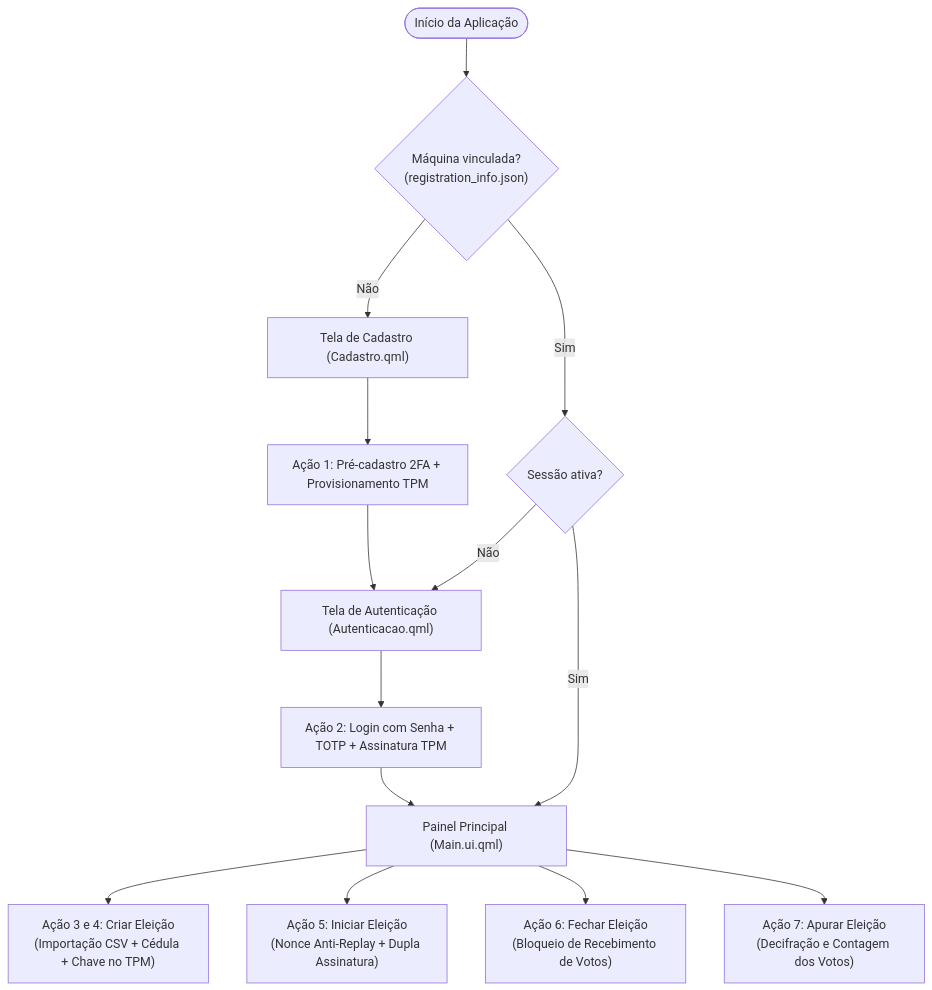
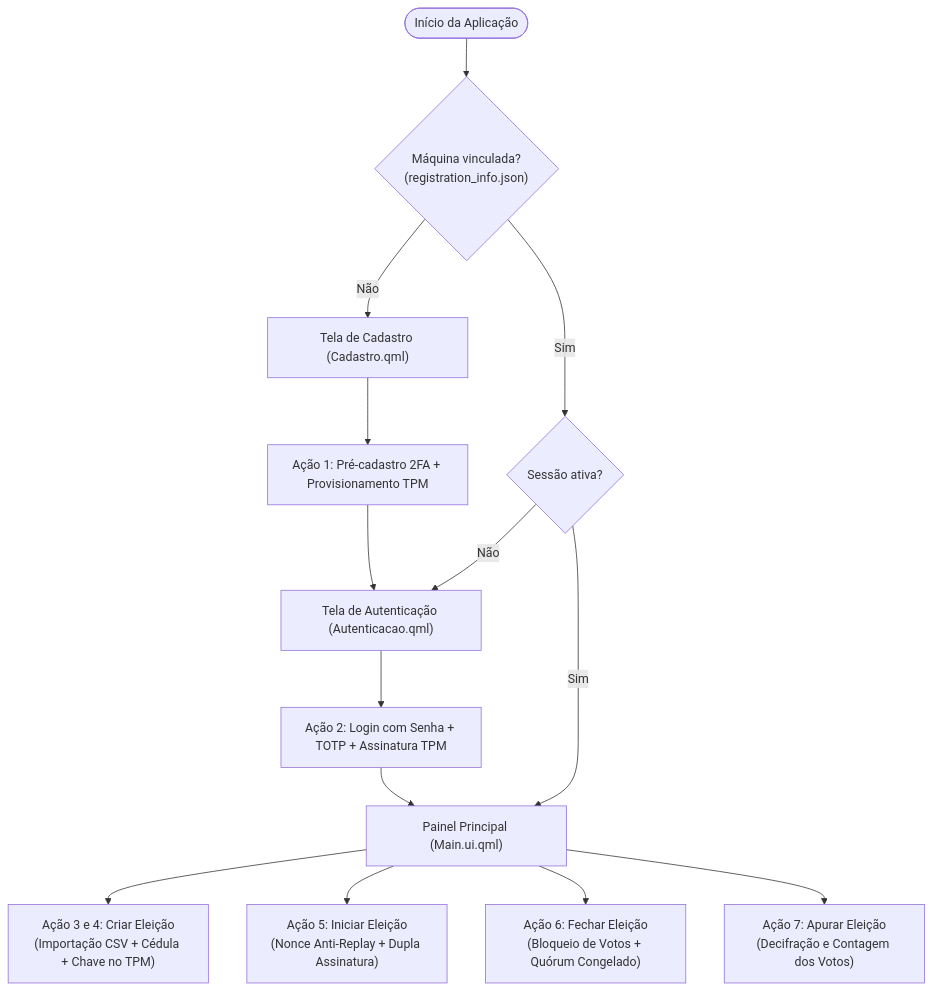
One commit to laribrito/votaai-desktop changed the first of 9 diagrams in README.md. Above: the diagram before and after it, drawn with Mermaid. The commit also changed other lines of this file, not shown here.

````diff
--- a/README.md
+++ b/README.md
@@ -89,19 +89,19 @@
 ```mermaid
 flowchart TD
     Start([Início da Aplicação]) --> CheckReg{"Máquina vinculada?<br/>(registration_info.json)"}
     
     CheckReg -- Não --> PageCadastro["Tela de Cadastro (Cadastro.qml)"]
     PageCadastro --> FlowReg["Ação 1: Pré-cadastro 2FA + Provisionamento TPM"]
     FlowReg --> PageAuth["Tela de Autenticação (Autenticacao.qml)"]
     
     CheckReg -- Sim --> CheckAuth{"Sessão ativa?"}
     CheckAuth -- Não --> PageAuth
     PageAuth --> FlowAuth["Ação 2: Login com Senha + TOTP + Assinatura TPM"]
     FlowAuth --> MainPanel["Painel Principal (Main.ui.qml)"]
     CheckAuth -- Sim --> MainPanel
     
     MainPanel --> Action1["Ação 3 e 4: Criar Eleição<br/>(Importação CSV + Cédula + Chave no TPM)"]
     MainPanel --> Action2["Ação 5: Iniciar Eleição<br/>(Nonce Anti-Replay + Dupla Assinatura)"]
-    MainPanel --> Action3["Ação 6: Fechar Eleição<br/>(Bloqueio de Recebimento de Votos)"]
+    MainPanel --> Action3["Ação 6: Fechar Eleição<br/>(Bloqueio de Votos + Quórum Congelado)"]
     MainPanel --> Action4["Ação 7: Apurar Eleição<br/>(Decifração e Contagem dos Votos)"]
 ```
````
